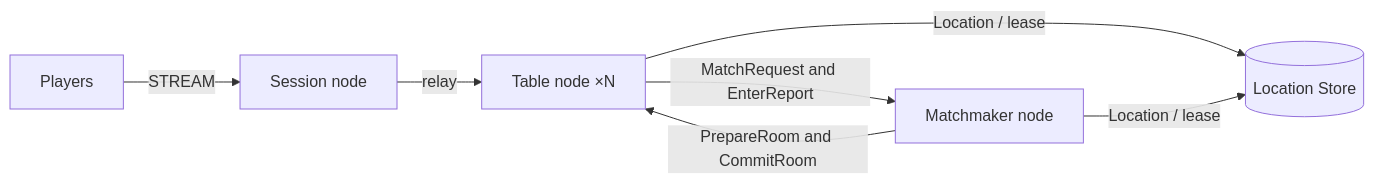
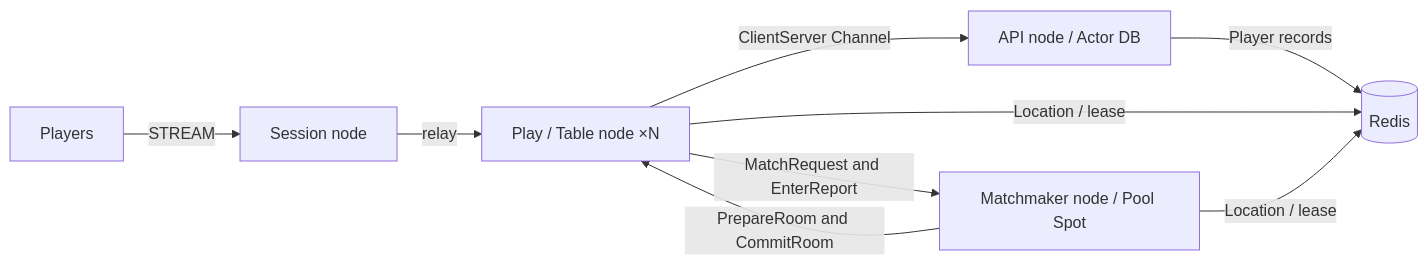
Before and after one commit to zlink-systems/zlink: the diagram in framework/languages/node/templates/board-tables/my-game/README.md, drawn with Mermaid. The commit also changed other lines of this file and 27 other files, not shown here.

Commit message:
feat(templates): Node board-tables API node(Actor DB) — loadPlayer 한 번, 판 결과 commitRound 한 번, persist 시나리오 (#5350)

````diff
--- a/framework/languages/node/templates/board-tables/my-game/README.md
+++ b/framework/languages/node/templates/board-tables/my-game/README.md
@@ -7,9 +7,11 @@
 ```mermaid
 flowchart LR
     players[Players] -->|STREAM| session[Session node]
-    session -->|relay| table[Table node ×N]
-    table -->|MatchRequest and EnterReport| matchmaker[Matchmaker node]
+    session -->|relay| table[Play / Table node ×N]
+    table -->|MatchRequest and EnterReport| matchmaker[Matchmaker node / Pool Spot]
     matchmaker -->|PrepareRoom and CommitRoom| table
-    table -->|Location / lease| location[(Location Store)]
+    table -->|ClientServer Channel| api[API node / Actor DB]
+    api -->|Player records| location[(Redis)]
+    table -->|Location / lease| location
     matchmaker -->|Location / lease| location
 ```
````
